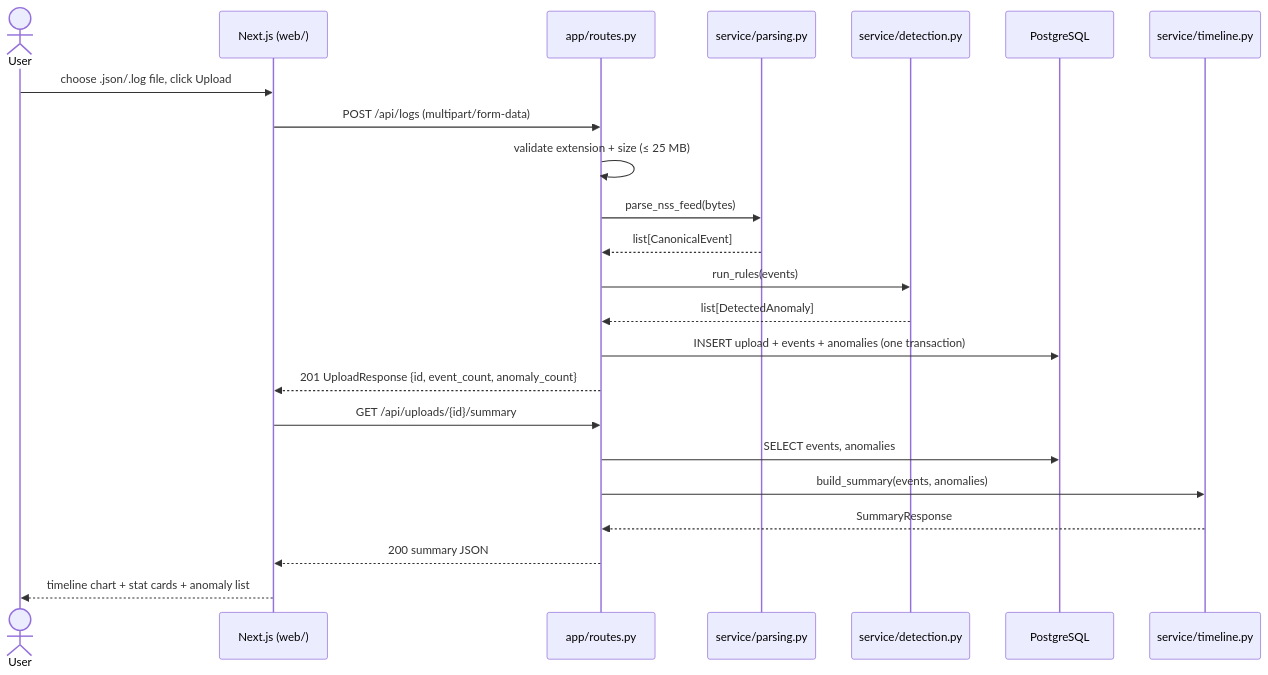
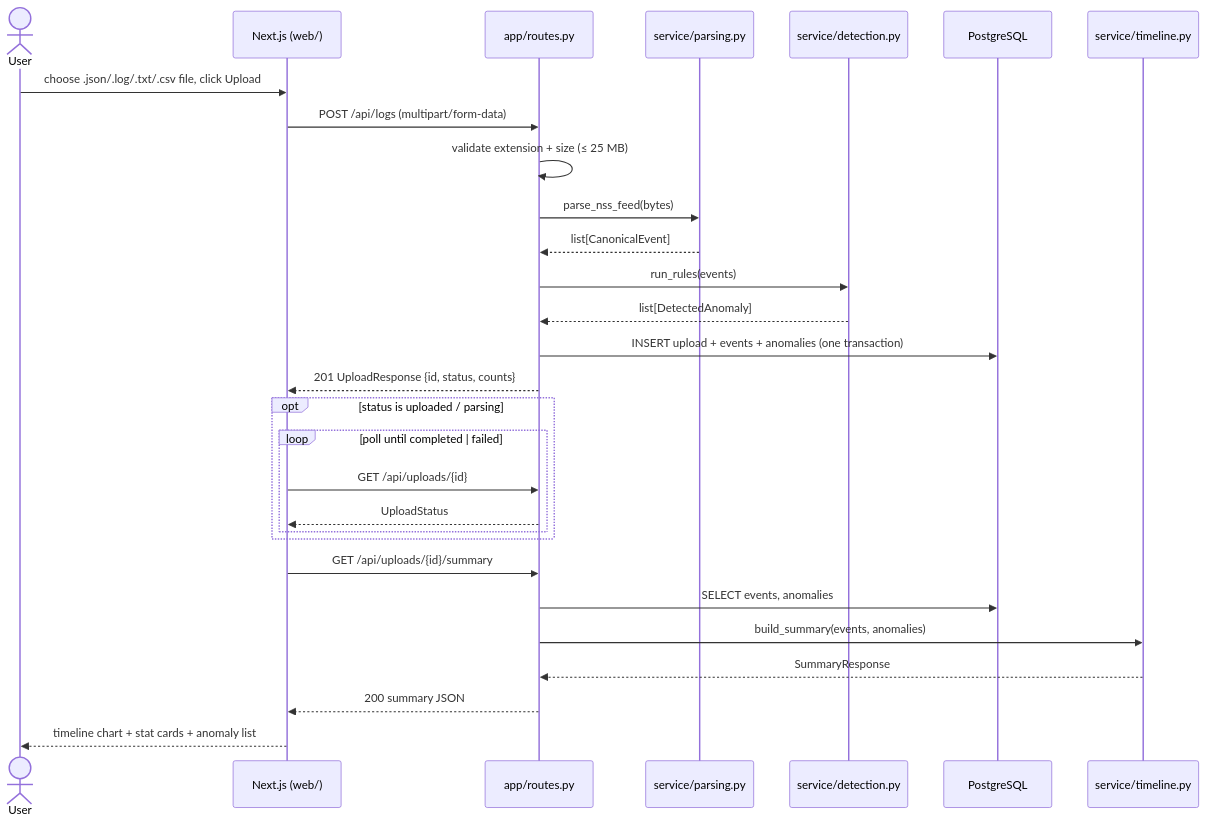
The second of 3 diagrams in spec.md (sacayo/tenex-security-application), drawn with Mermaid before and after one commit. The commit also changed other lines of this file and 4 other files, not shown here.

````diff
--- a/spec.md
+++ b/spec.md
@@ -153,26 +168,32 @@
 ```mermaid
 sequenceDiagram
     actor U as User
     participant W as Next.js (web/)
     participant R as app/routes.py
     participant P as service/parsing.py
     participant D as service/detection.py
     participant DB as PostgreSQL
     participant T as service/timeline.py
 
-    U->>W: choose .json/.log file, click Upload
+    U->>W: choose .json/.log/.txt/.csv file, click Upload
     W->>R: POST /api/logs (multipart/form-data)
     R->>R: validate extension + size (≤ 25 MB)
     R->>P: parse_nss_feed(bytes)
     P-->>R: list[CanonicalEvent]
     R->>D: run_rules(events)
     D-->>R: list[DetectedAnomaly]
     R->>DB: INSERT upload + events + anomalies (one transaction)
-    R-->>W: 201 UploadResponse {id, event_count, anomaly_count}
+    R-->>W: 201 UploadResponse {id, status, counts}
+    opt status is uploaded / parsing
+        loop poll until completed | failed
+            W->>R: GET /api/uploads/{id}
+            R-->>W: UploadStatus
+        end
+    end
     W->>R: GET /api/uploads/{id}/summary
     R->>DB: SELECT events, anomalies
     R->>T: build_summary(events, anomalies)
     T-->>R: SummaryResponse
     R-->>W: 200 summary JSON
     W-->>U: timeline chart + stat cards + anomaly list
 ```
````
